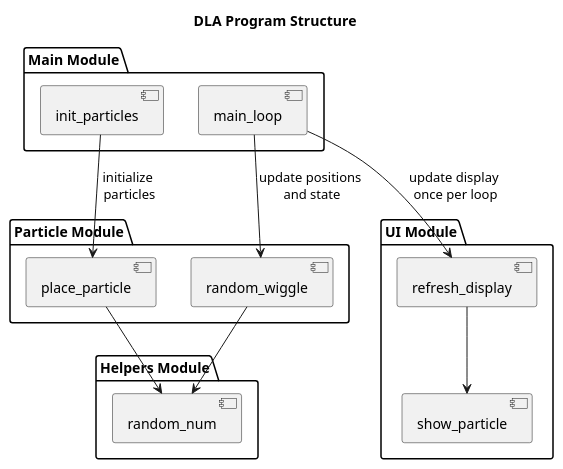
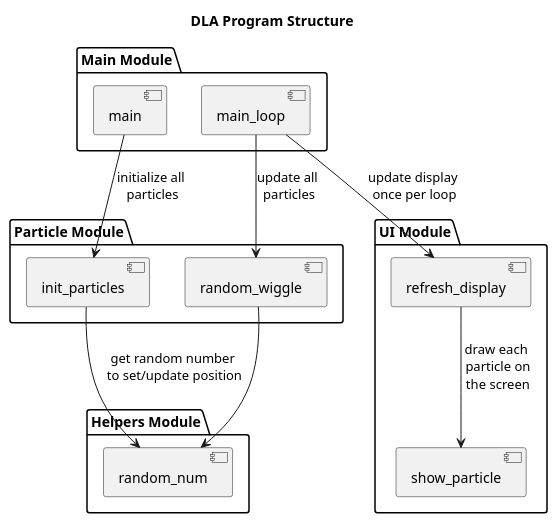
One commit to travisformayor/assembly_dla changed the diagram in diagrams/structure.puml. Above: the diagram before and after it, drawn with PlantUML. The commit also changed 2 other files, not shown here.

Commit message:
move init_particles and update diagram

```diff
--- a/diagrams/structure.puml
+++ b/diagrams/structure.puml
@@ -1,36 +1,39 @@
 @startuml Structure
 
 title "DLA Program Structure"
 
 together {
   package "Main Module" {
-    [init_particles]
     [main_loop]
+    [main]
   }
   
   package "Particle Module" {
-      [place_particle]
-      [random_wiggle]
+    [init_particles]
+    [random_wiggle]
   }
   
   package "Helpers Module" {
     '[console_log]
     [random_num]
   }
 }
 
 package "UI Module" {
   [refresh_display]
   [show_particle]
 }
 
-init_particles --> place_particle : initialize\n particles
-place_particle --> random_num
+' Main Connections
+main --> init_particles : initialize all\n particles
+main_loop --> random_wiggle : update all\n particles
+main_loop --> refresh_display : update display\n once per loop
 
-main_loop --> random_wiggle : update positions\n and state
+' Particle Connections
+init_particles --> random_num : " get random number\n  to set/update position"
 random_wiggle --> random_num
 
-main_loop --> refresh_display : update display\n once per loop
-refresh_display --> show_particle
+' UI Connections
+refresh_display --> show_particle : draw each\n particle on\n the screen
 
 @enduml
```
